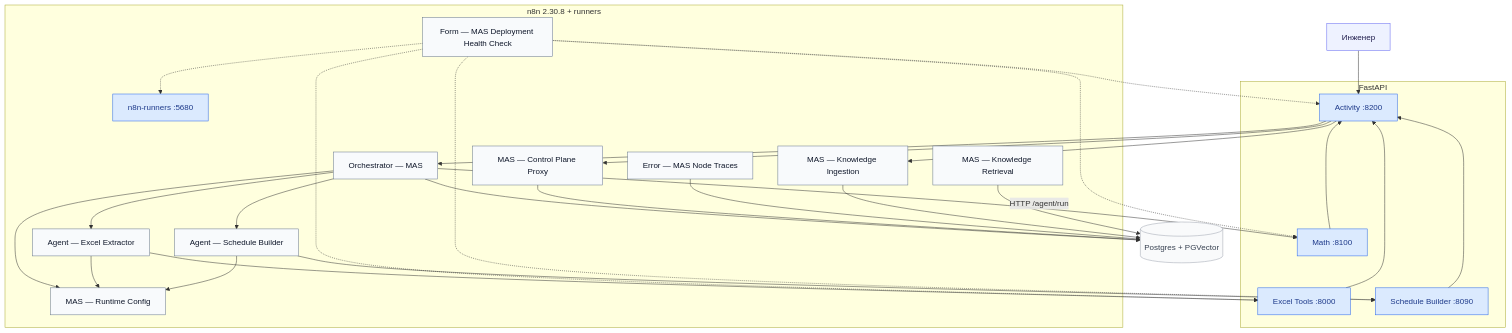
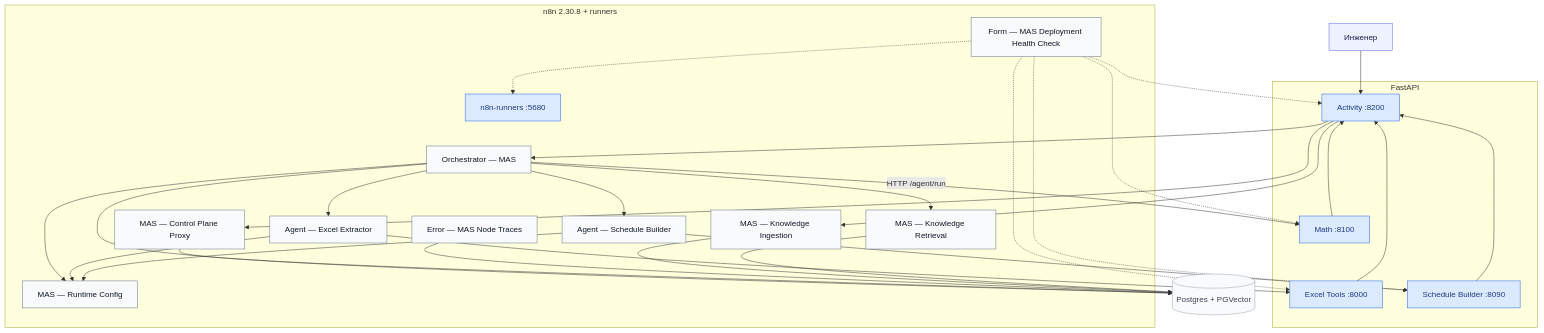
One commit to lun1tunes/omegalul changed the diagram in docs.md. Above: the diagram before and after it, drawn with Mermaid. The commit also changed other lines of this file and 35 other files, not shown here.

Commit message:
Enhance documentation and JavaScript guide for n8n; update workflow contracts to include Knowledge Retrieval calls; improve UI interactions with schema peeks and slips; refine state handling in activity service and Excel agent tools.

````diff
--- a/docs.md
+++ b/docs.md
@@ -45,52 +45,53 @@
 ```mermaid
 flowchart TB
   classDef entry fill:#eef2ff,stroke:#6366f1,color:#1e1b4b
   classDef wf fill:#f8fafc,stroke:#64748b,color:#0f172a
   classDef svc fill:#dbeafe,stroke:#2563eb,color:#1e3a8a
   classDef data fill:#f9fafb,stroke:#9ca3af,color:#374151
 
   User[Инженер]:::entry
   subgraph win [FastAPI]
     Activity[Activity :8200]:::svc
     ExcelTools[Excel Tools :8000]:::svc
     SchedSvc[Schedule Builder :8090]:::svc
     MathSvc[Math :8100]:::svc
   end
   subgraph plat [n8n 2.30.8 + runners]
     Orch[Orchestrator — MAS]:::wf
     ExcelAgent[Agent — Excel Extractor]:::wf
     SchedAgent[Agent — Schedule Builder]:::wf
     Proxy[MAS — Control Plane Proxy]:::wf
     Runtime[MAS — Runtime Config]:::wf
     Ingest[MAS — Knowledge Ingestion]:::wf
     Retr[MAS — Knowledge Retrieval]:::wf
     Err[Error — MAS Node Traces]:::wf
     Health[Form — MAS Deployment Health Check]:::wf
     Runners[n8n-runners :5680]:::svc
   end
   Pg[(Postgres + PGVector)]:::data
 
   User --> Activity
   Activity --> Orch
   Activity --> Proxy
   Activity --> Ingest
+  Orch --> Retr
   Orch --> Runtime
   ExcelAgent --> Runtime
   SchedAgent --> Runtime
   Orch --> ExcelAgent --> ExcelTools
   Orch --> SchedAgent --> SchedSvc
   Orch -->|"HTTP /agent/run"| MathSvc
   Orch --> Pg
   Proxy --> Pg
   Err --> Pg
   Ingest --> Pg
   Retr --> Pg
   ExcelTools --> Activity
   SchedSvc --> Activity
   MathSvc --> Activity
   Health -.-> Activity
   Health -.-> ExcelTools
   Health -.-> SchedSvc
   Health -.-> MathSvc
   Health -.-> Runners
 ```
````
